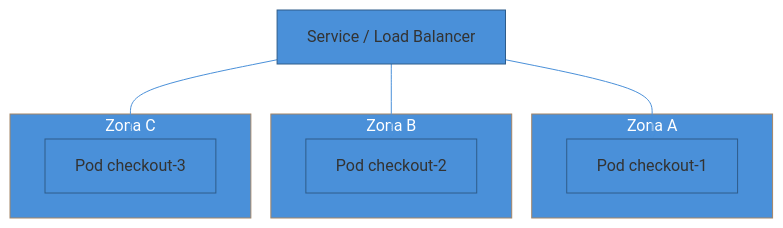
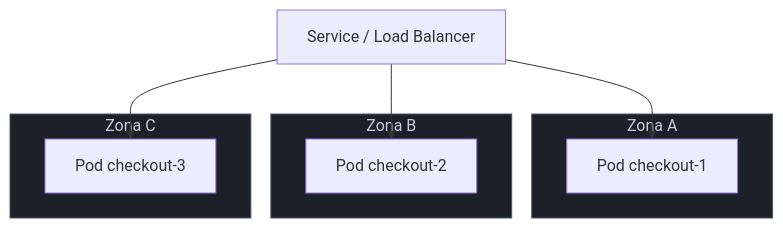
One commit to josenaldo/codex-technomanticus changed the third of 3 diagrams in 03-Dominios/Engenharia/Operação/3 - Rodar em produção/03 - Zero-downtime e alta disponibilidade.md. Above: the diagram before and after it, drawn with Mermaid. The commit also changed other lines of this file and 1181 other files, not shown here.

First line of the commit message:
fix(diagramas): paleta do sistema no lugar de cor cravada no markdown

````diff
--- a/03-Dominios/Engenharia/Operação/3 - Rodar em produção/03 - Zero-downtime e alta disponibilidade.md
+++ b/03-Dominios/Engenharia/Operação/3 - Rodar em produção/03 - Zero-downtime e alta disponibilidade.md
@@ -135,20 +133,20 @@
 ```mermaid
-%%{init: {"theme": "base", "themeVariables": {"primaryColor": "#4A90D9", "primaryBorderColor": "#2E5C8A", "lineColor": "#4A90D9"}}}%%
 graph TD
+    classDef neutro fill:#1B2029,stroke:#4E5666,color:#C6CCD8
     subgraph AZ1["Zona A"]
         P1["Pod checkout-1"]
     end
     subgraph AZ2["Zona B"]
         P2["Pod checkout-2"]
     end
     subgraph AZ3["Zona C"]
         P3["Pod checkout-3"]
     end
     LB["Service / Load Balancer"] --> P1
     LB --> P2
     LB --> P3
 
-    style AZ1 fill:#4A90D9,color:#fff
-    style AZ2 fill:#4A90D9,color:#fff
-    style AZ3 fill:#4A90D9,color:#fff
+    class AZ1 neutro
+    class AZ2 neutro
+    class AZ3 neutro
 ```
````
